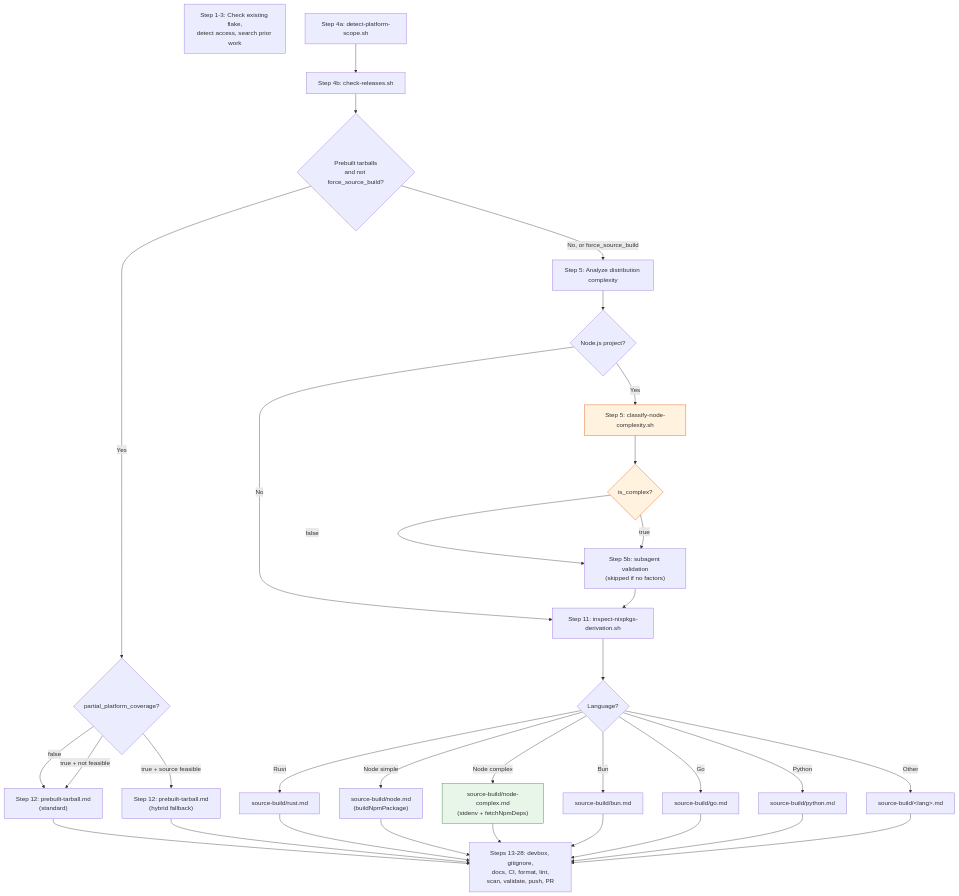
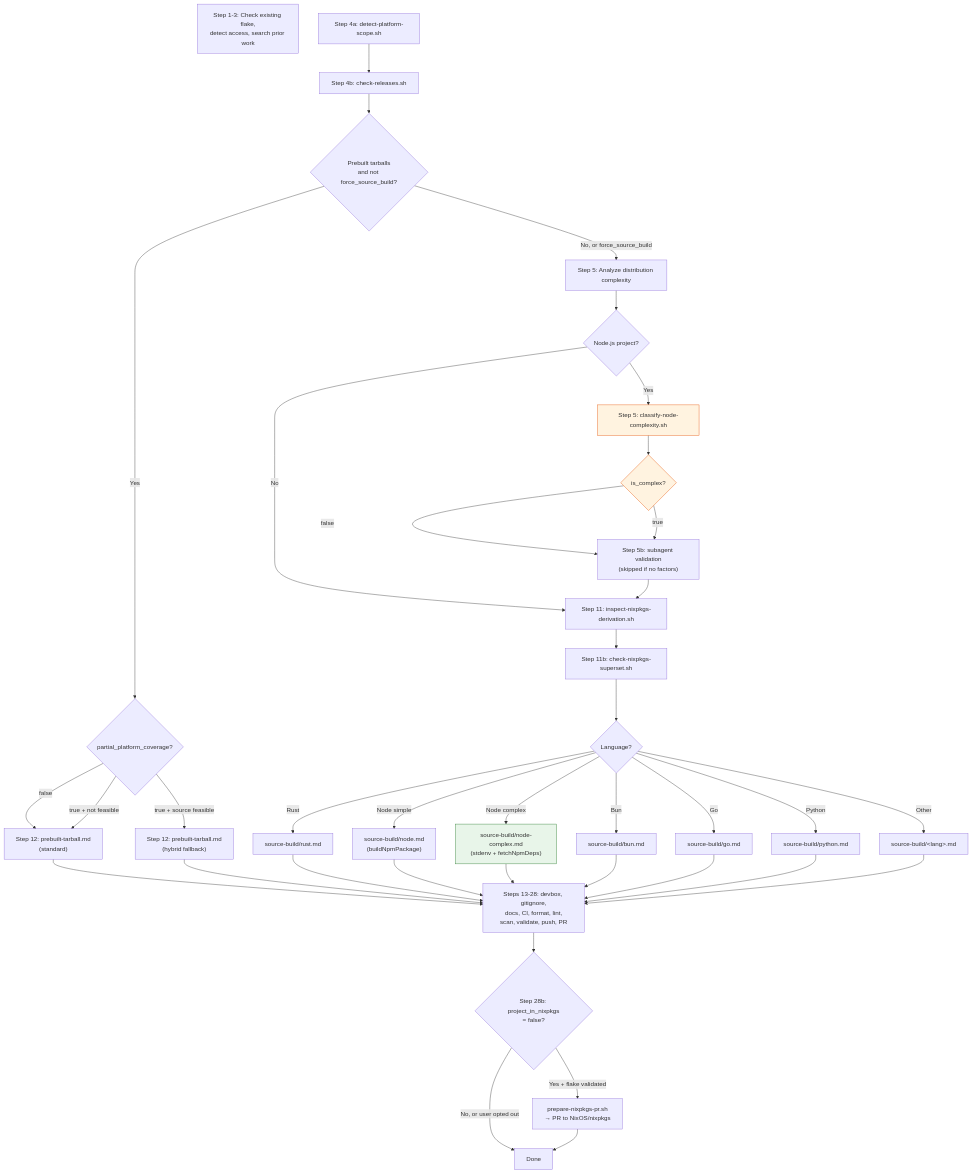
The diagram in skills/software-dev/nixify/INSTRUCTIONS.md (levonk/skills-releases), drawn with Mermaid before and after one commit. The commit also changed other lines of this file and 554 other files, not shown here.

````diff
--- a/skills/software-dev/nixify/INSTRUCTIONS.md
+++ b/skills/software-dev/nixify/INSTRUCTIONS.md
@@ -1361,49 +1361,55 @@
 ```mermaid
 flowchart TD
     S1["Step 1-3: Check existing flake,<br/>detect access, search prior work"]
     S4a["Step 4a: detect-platform-scope.sh"]
     S4b["Step 4b: check-releases.sh"]
     S5["Step 5: Analyze distribution complexity"]
 
     S4a --> S4b
     S4b --> R1{"Prebuilt tarballs<br/>and not force_source_build?"}
     R1 -- "Yes" --> R2{"partial_platform_coverage?"}
     R1 -- "No, or force_source_build" --> S5
 
     R2 -- "false" --> T_PRE["Step 12: prebuilt-tarball.md<br/>(standard)"]
     R2 -- "true + source feasible" --> T_HYBRID["Step 12: prebuilt-tarball.md<br/>(hybrid fallback)"]
     R2 -- "true + not feasible" --> T_PRE
 
     S5 --> R3{"Node.js project?"}
     R3 -- "Yes" --> S5C["Step 5: classify-node-complexity.sh"]
     R3 -- "No" --> S11["Step 11: inspect-nixpkgs-derivation.sh"]
 
     S5C --> R4{"is_complex?"}
     R4 -- "false" --> SUB["Step 5b: subagent validation<br/>(skipped if no factors)"]
     R4 -- "true" --> SUB
 
-    SUB --> S11
-    S11 --> R5{"Language?"}
+    SUB --> S11["Step 11: inspect-nixpkgs-derivation.sh"]
+    S11 --> S11B["Step 11b: check-nixpkgs-superset.sh"]
+    S11B --> R5{"Language?"}
 
     R5 -- "Rust" --> T_RUST["source-build/rust.md"]
     R5 -- "Node simple" --> T_NODE["source-build/node.md<br/>(buildNpmPackage)"]
     R5 -- "Node complex" --> T_NODEC["source-build/node-complex.md<br/>(stdenv + fetchNpmDeps)"]
     R5 -- "Bun" --> T_BUN["source-build/bun.md"]
     R5 -- "Go" --> T_GO["source-build/go.md"]
     R5 -- "Python" --> T_PY["source-build/python.md"]
     R5 -- "Other" --> T_OTHER["source-build/&lt;lang&gt;.md"]
 
     T_PRE --> S13["Steps 13-28: devbox, gitignore,<br/>docs, CI, format, lint,<br/>scan, validate, push, PR"]
     T_HYBRID --> S13
     T_RUST --> S13
     T_NODE --> S13
     T_NODEC --> S13
     T_BUN --> S13
     T_GO --> S13
     T_PY --> S13
     T_OTHER --> S13
 
+    S13 --> S28B{"Step 28b: project_in_nixpkgs<br/>= false?"}
+    S28B -- "Yes + flake validated" --> NIXPKGS_PR["prepare-nixpkgs-pr.sh<br/>→ PR to NixOS/nixpkgs"]
+    S28B -- "No, or user opted out" --> DONE["Done"]
+    NIXPKGS_PR --> DONE
+
     style S5C fill:#fff3e0,stroke:#e65100
     style R4 fill:#fff3e0,stroke:#e65100
     style T_NODEC fill:#e8f5e9,stroke:#2e7d32
 ```
````
